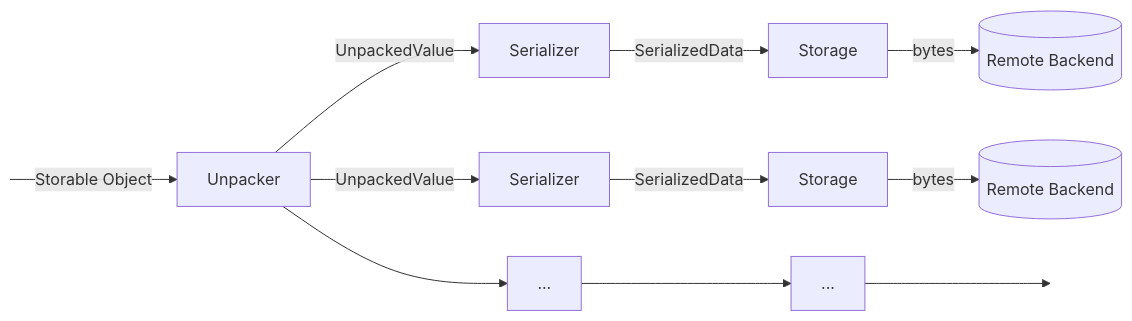
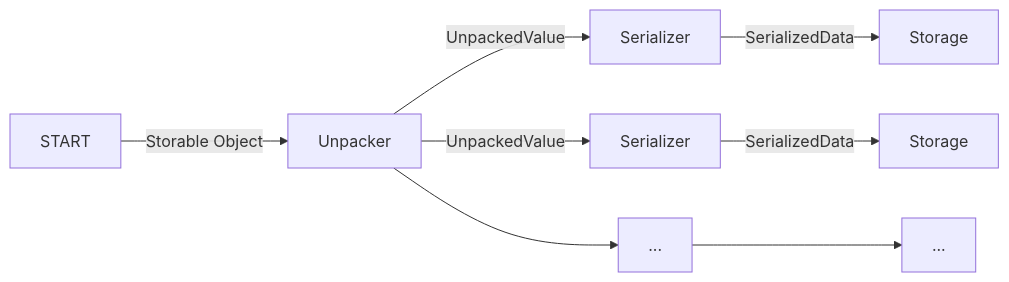
One commit to rmorshea/labox changed the first of 2 diagrams in docs/src/concepts/overview.md. Above: the diagram before and after it, drawn with Mermaid. The commit also changed other lines of this file, not shown here.

```diff
--- a/docs/src/concepts/overview.md
+++ b/docs/src/concepts/overview.md
@@ -9,14 +9,10 @@
 <pre class="mermaid">
 flowchart LR
     START:::hidden -- Storable Object --> U[Unpacker]
     U -- UnpackedValue --> S1[Serializer]
     U -- UnpackedValue --> S2[Serializer]
     U --> S3[...]
     S1 -- SerializedData --> R1[Storage]
     S2 -- SerializedData --> R2[Storage]
     S3 --> R3[...]
-    R1 -- bytes --> C1[(Remote Backend)]
-    R2 -- bytes --> C2[(Remote Backend)]
-    R3 --> C3:::hidden
-    classDef hidden display: none;
 </pre>
```
